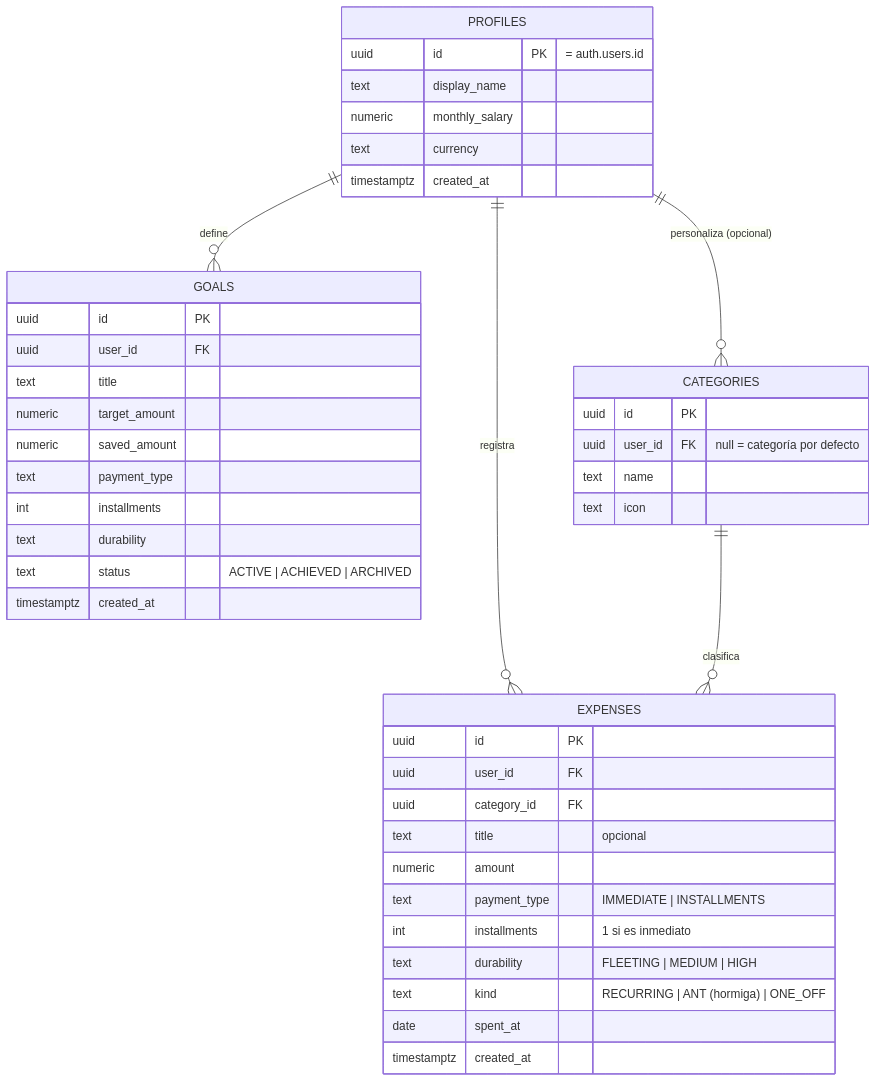
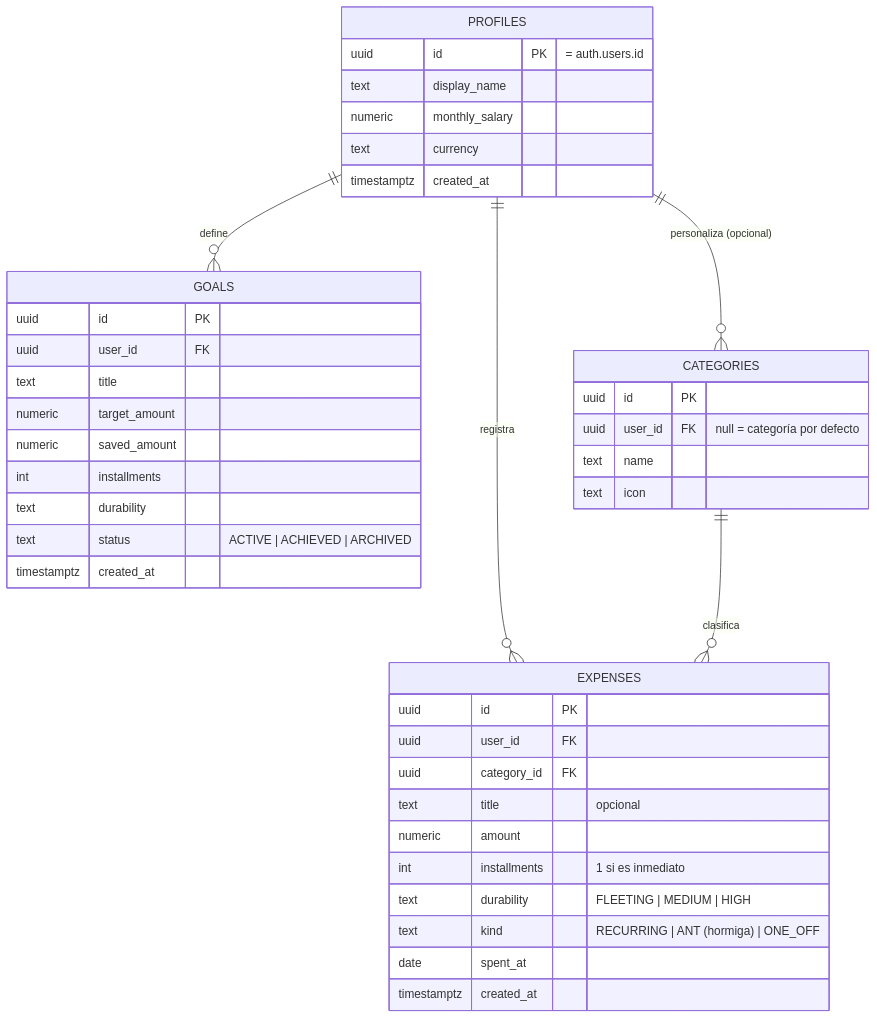
One commit to Gaburiiru/capricho changed the fourth of 4 diagrams in README.md. Above: the diagram before and after it, drawn with Mermaid. The commit also changed other lines of this file and 5 other files, not shown here.

````diff
--- a/README.md
+++ b/README.md
@@ -308,46 +308,44 @@
 ```mermaid
 erDiagram
     PROFILES ||--o{ EXPENSES : registra
     PROFILES ||--o{ GOALS : define
     CATEGORIES ||--o{ EXPENSES : clasifica
     PROFILES ||--o{ CATEGORIES : "personaliza (opcional)"
 
     PROFILES {
         uuid id PK "= auth.users.id"
         text display_name
         numeric monthly_salary
         text currency
         timestamptz created_at
     }
     CATEGORIES {
         uuid id PK
         uuid user_id FK "null = categoría por defecto"
         text name
         text icon
     }
     EXPENSES {
         uuid id PK
         uuid user_id FK
         uuid category_id FK
         text title "opcional"
         numeric amount
-        text payment_type "IMMEDIATE | INSTALLMENTS"
         int installments "1 si es inmediato"
         text durability "FLEETING | MEDIUM | HIGH"
         text kind "RECURRING | ANT (hormiga) | ONE_OFF"
         date spent_at
         timestamptz created_at
     }
     GOALS {
         uuid id PK
         uuid user_id FK
         text title
         numeric target_amount
         numeric saved_amount
-        text payment_type
         int installments
         text durability
         text status "ACTIVE | ACHIEVED | ARCHIVED"
         timestamptz created_at
     }
 ```
````
